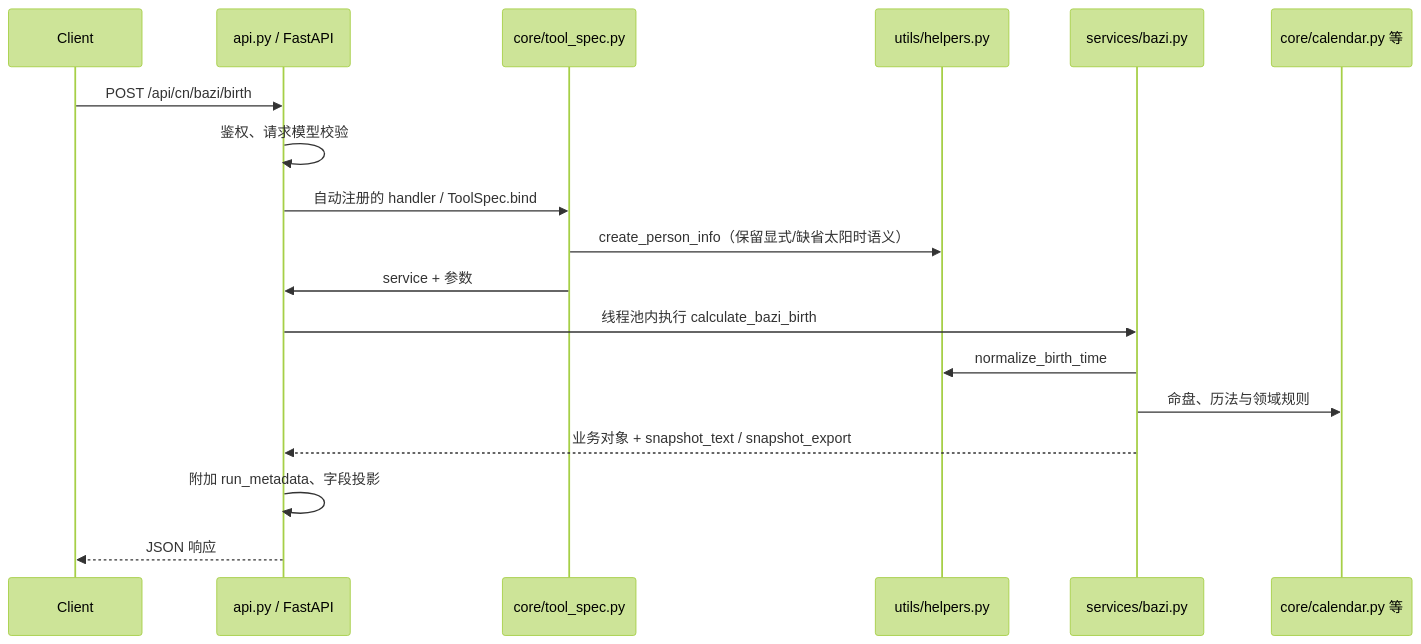
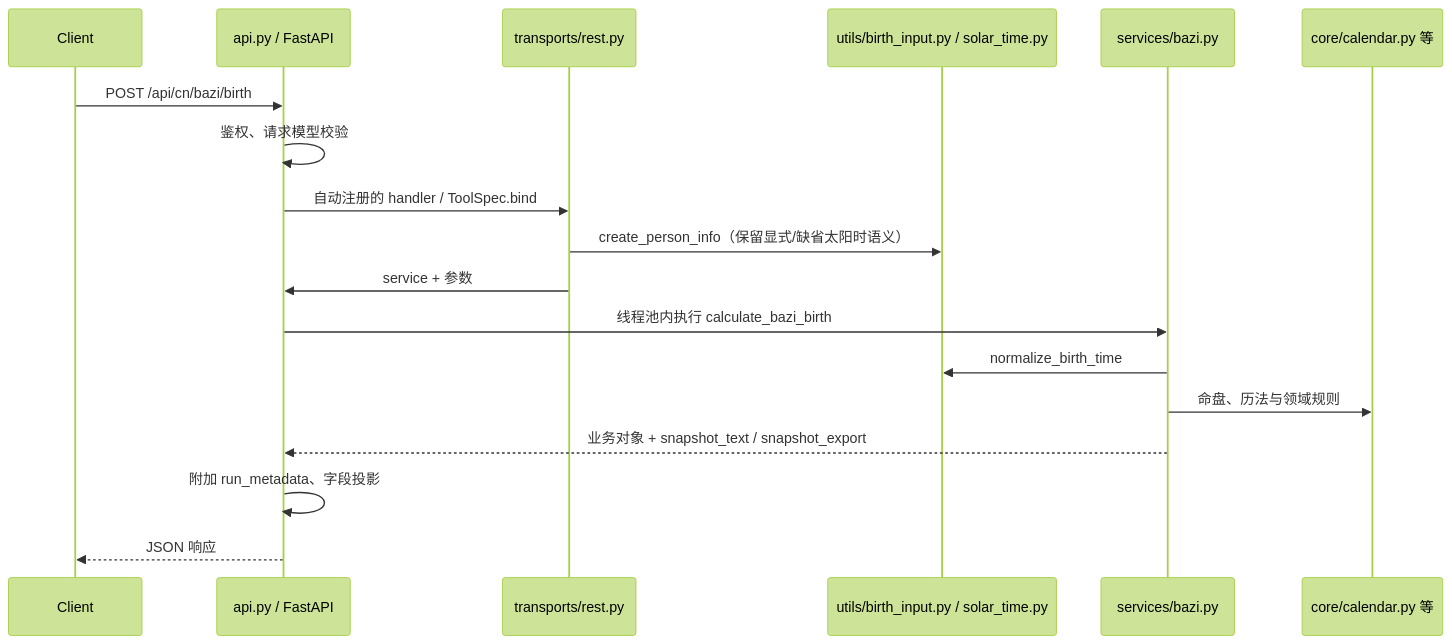
One commit to Yonder-Lab/FateBridge changed the second of 2 diagrams in docs/architecture.md. Above: the diagram before and after it, drawn with Mermaid (forest theme). The commit also changed other lines of this file and 419 other files, not shown here.

````diff
--- a/docs/architecture.md
+++ b/docs/architecture.md
@@ -56,20 +60,20 @@
 ```mermaid
 sequenceDiagram
     participant C as Client
     participant A as api.py / FastAPI
-    participant R as core/tool_spec.py
-    participant H as utils/helpers.py
+    participant R as transports/rest.py
+    participant H as utils/birth_input.py / solar_time.py
     participant S as services/bazi.py
     participant D as core/calendar.py 等
     C->>A: POST /api/cn/bazi/birth
     A->>A: 鉴权、请求模型校验
     A->>R: 自动注册的 handler / ToolSpec.bind
     R->>H: create_person_info（保留显式/缺省太阳时语义）
     R->>A: service + 参数
     A->>S: 线程池内执行 calculate_bazi_birth
     S->>H: normalize_birth_time
     S->>D: 命盘、历法与领域规则
     S-->>A: 业务对象 + snapshot_text / snapshot_export
     A->>A: 附加 run_metadata、字段投影
     A-->>C: JSON 响应
 ```
````
